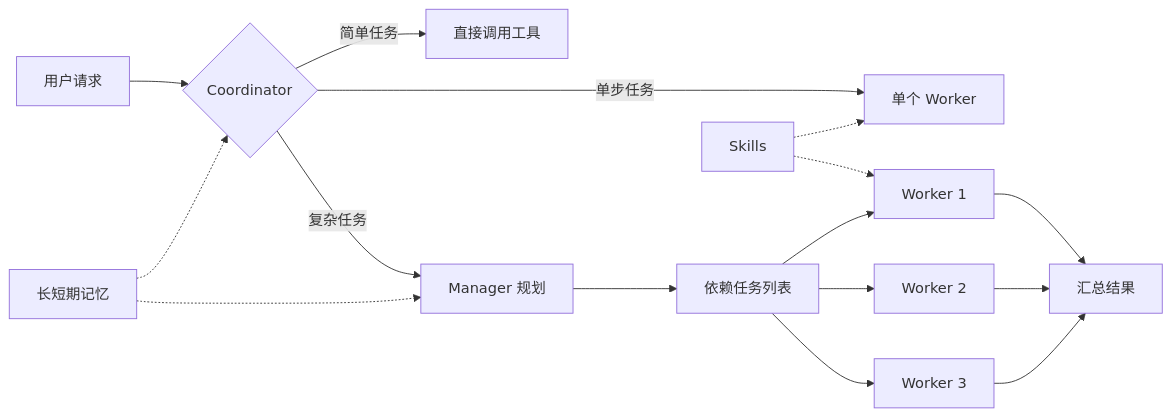
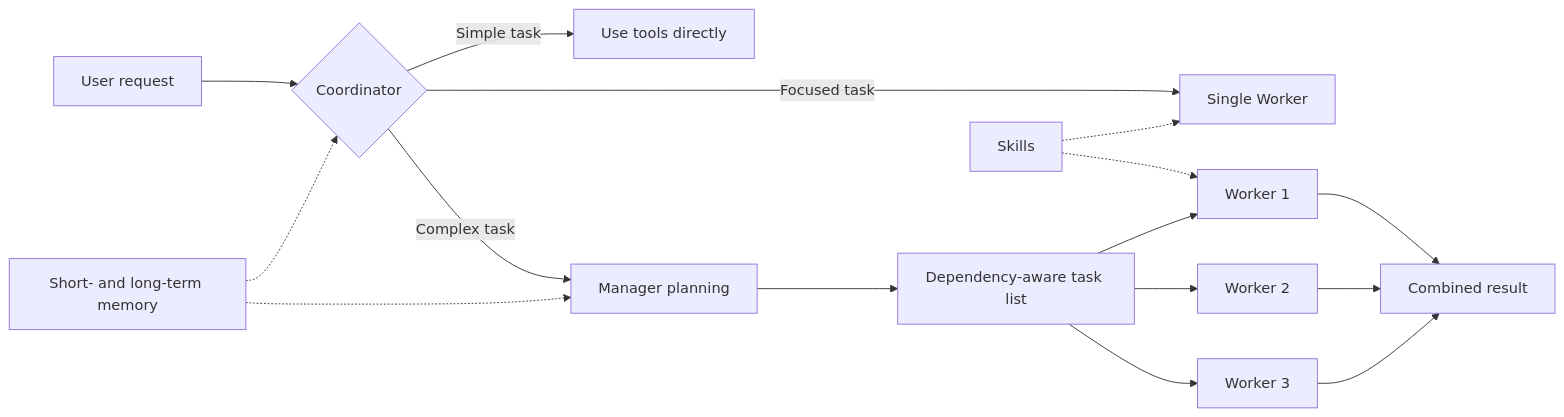
Before and after one commit to Tian-ye1214/SwufeAgent: the diagram in README.md, drawn with Mermaid. The commit also changed other lines of this file and 2 other files, not shown here.

````diff
--- a/README.md
+++ b/README.md
@@ -45,18 +48,18 @@
 ```mermaid
 flowchart LR
-    U["用户请求"] --> C{"Coordinator"}
-    C -->|简单任务| T["直接调用工具"]
-    C -->|单步任务| W0["单个 Worker"]
-    C -->|复杂任务| M["Manager 规划"]
-    M --> D["依赖任务列表"]
+    U["User request"] --> C{"Coordinator"}
+    C -->|Simple task| T["Use tools directly"]
+    C -->|Focused task| W0["Single Worker"]
+    C -->|Complex task| M["Manager planning"]
+    M --> D["Dependency-aware task list"]
     D --> W1["Worker 1"]
     D --> W2["Worker 2"]
     D --> W3["Worker 3"]
-    W1 --> R["汇总结果"]
+    W1 --> R["Combined result"]
     W2 --> R
     W3 --> R
-    MEM["长短期记忆"] -.-> C
+    MEM["Short- and long-term memory"] -.-> C
     MEM -.-> M
     SK["Skills"] -.-> W0
     SK -.-> W1
 ```
````
